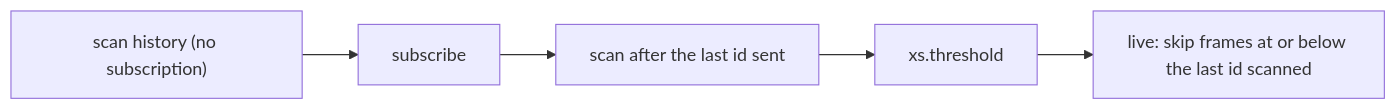
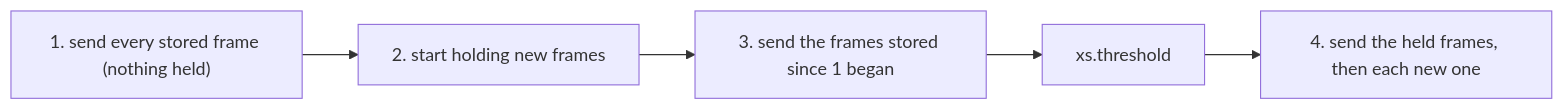
One commit to cablehead/xs changed the second of 2 diagrams in docs/adr/0008-follow-scan-first.md. Above: the diagram before and after it, drawn with Mermaid. The commit also changed other lines of this file, not shown here.

Commit message:
docs: ADR 0008 in plain words, each part led by a diagram or table

````diff
--- a/docs/adr/0008-follow-scan-first.md
+++ b/docs/adr/0008-follow-scan-first.md
@@ -19,7 +35,7 @@
 ```mermaid
 flowchart LR
-    S1["scan history (no subscription)"] --> Sub["subscribe"]
-    Sub --> S2["scan after the last id sent"]
-    S2 --> T["xs.threshold"]
-    T --> L["live: skip frames at or below the last id scanned"]
+    A["1. send every stored frame (nothing held)"] --> B["2. start holding new frames"]
+    B --> C["3. send the frames stored since 1 began"]
+    C --> D["xs.threshold"]
+    D --> E["4. send the held frames, then each new one"]
 ```
````
